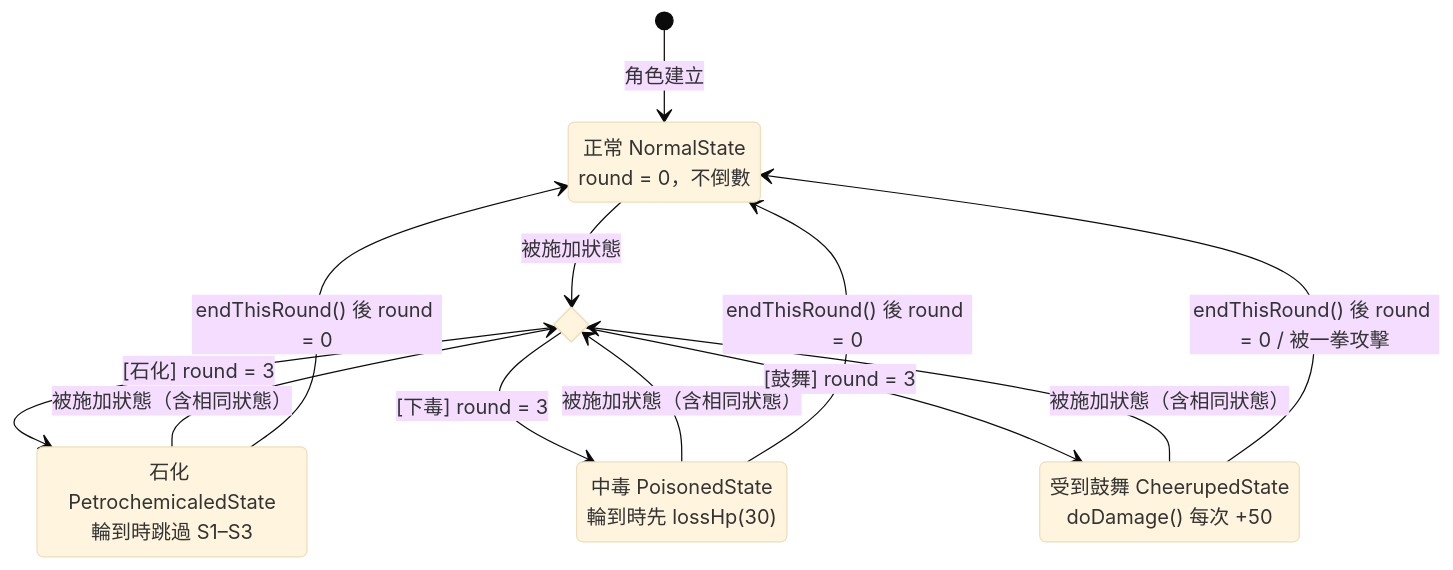
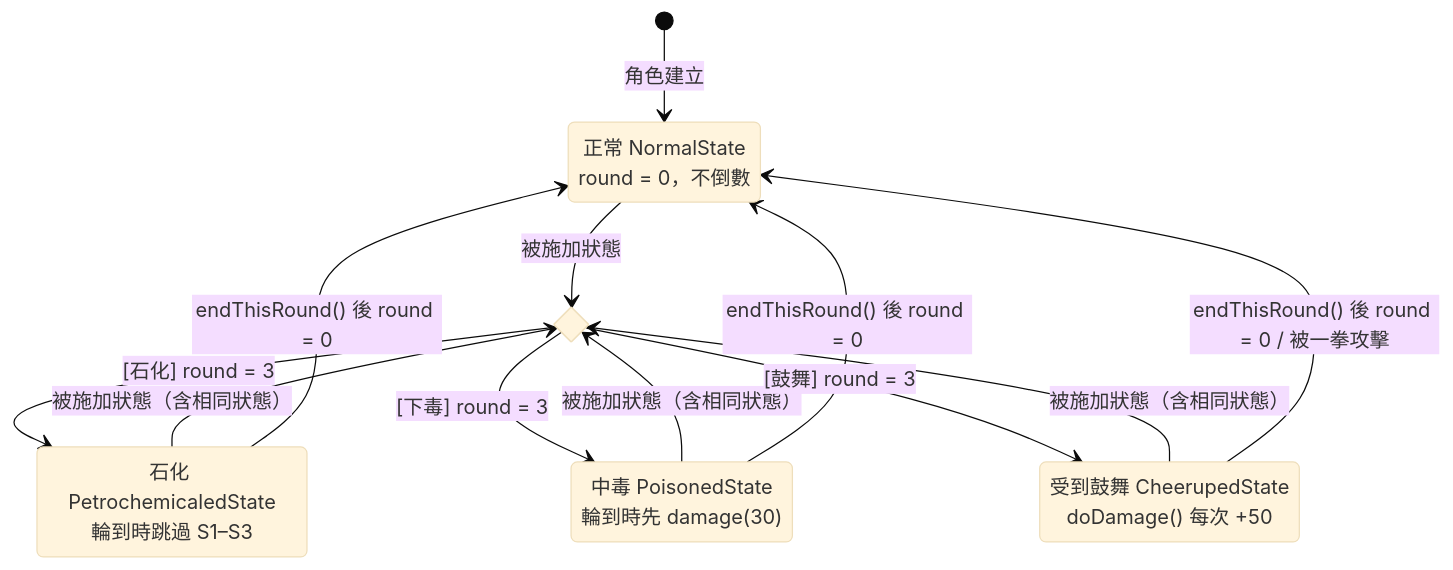
Diagram 13 of 14 in RPGGame/diagrams.md (Chang-anthony/DesignPattern), drawn with Mermaid (base theme) before and after one commit. The commit also changed other lines of this file and 2 other files, not shown here.

````diff
--- a/RPGGame/diagrams.md
+++ b/RPGGame/diagrams.md
@@ -774,24 +781,24 @@
 ```mermaid
 stateDiagram-v2
     direction TB
     state "正常 NormalState<br/>round = 0，不倒數" as Normal
     state apply <<choice>>
     state "石化 PetrochemicaledState<br/>輪到時跳過 S1–S3" as Petri
-    state "中毒 PoisonedState<br/>輪到時先 lossHp(30)" as Poisoned
+    state "中毒 PoisonedState<br/>輪到時先 damage(30)" as Poisoned
     state "受到鼓舞 CheerupedState<br/>doDamage() 每次 +50" as Cheer
 
     [*] --> Normal : 角色建立
 
     Normal --> apply : 被施加狀態
     Petri --> apply : 被施加狀態（含相同狀態）
     Poisoned --> apply : 被施加狀態（含相同狀態）
     Cheer --> apply : 被施加狀態（含相同狀態）
 
     apply --> Petri : [石化] round = 3
     apply --> Poisoned : [下毒] round = 3
     apply --> Cheer : [鼓舞] round = 3
 
     Petri --> Normal : endThisRound() 後 round = 0
     Poisoned --> Normal : endThisRound() 後 round = 0
     Cheer --> Normal : endThisRound() 後 round = 0 / 被一拳攻擊
 ```
````
